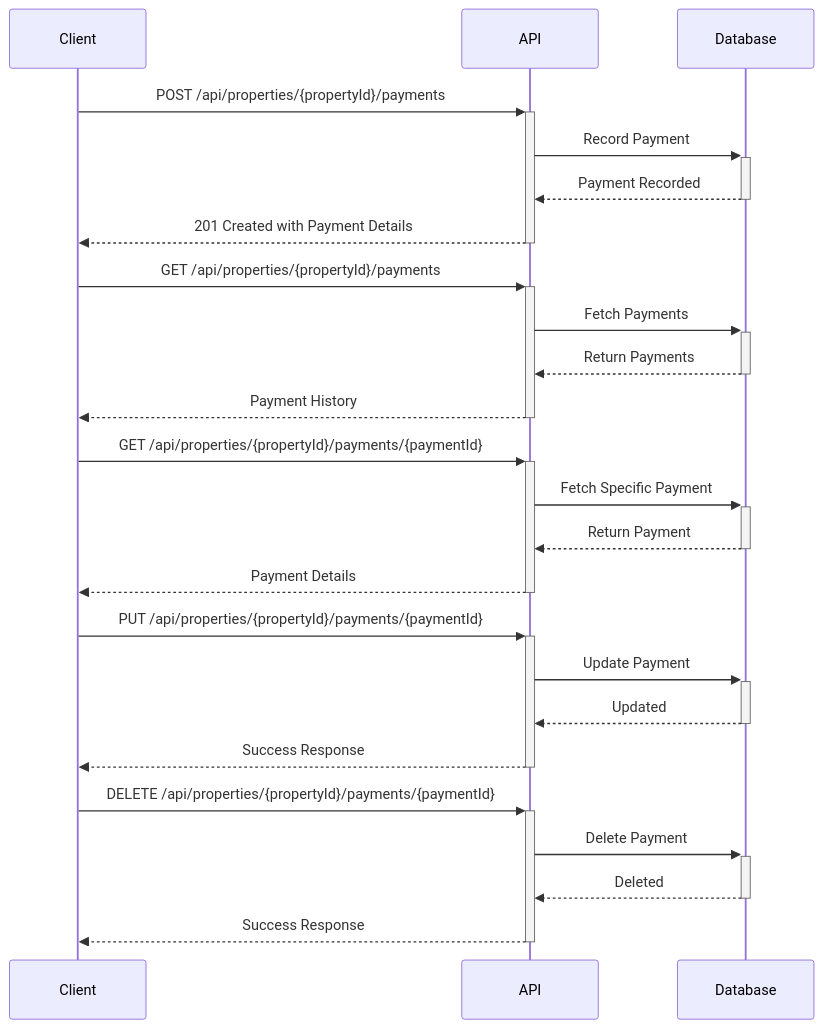
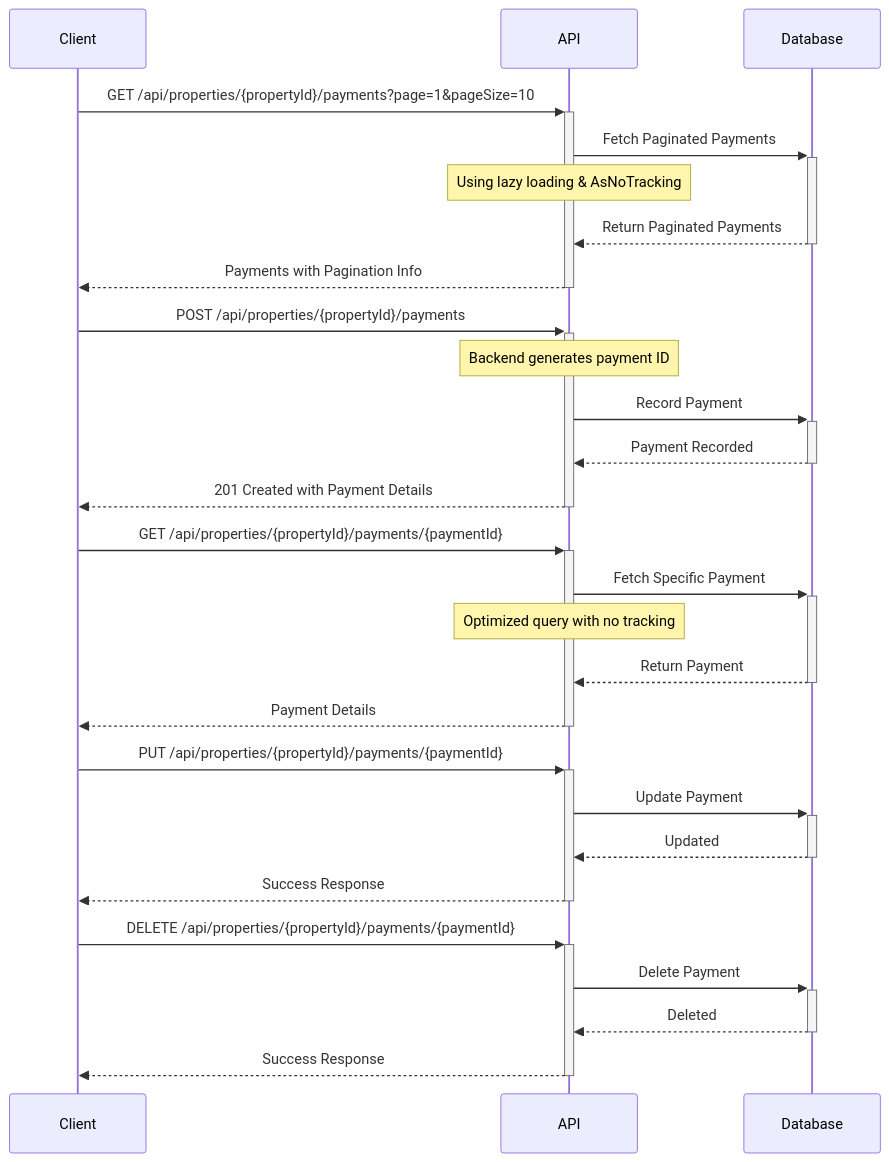
One commit to rohanmarathe567-code/RentTracker changed the fifth of 6 diagrams in README.md. Above: the diagram before and after it, drawn with Mermaid. The commit also changed other lines of this file and 2 other files, not shown here.

````diff
--- a/README.md
+++ b/README.md
@@ -203,31 +294,34 @@
 ```mermaid
 sequenceDiagram
     participant Client
     participant API
     participant Database
     
+    Client->>+API: GET /api/properties/{propertyId}/payments?page=1&pageSize=10
+    API->>+Database: Fetch Paginated Payments
+    Note over API: Using lazy loading & AsNoTracking
+    Database-->>-API: Return Paginated Payments
+    API-->>-Client: Payments with Pagination Info
+
     Client->>+API: POST /api/properties/{propertyId}/payments
+    Note over API: Backend generates payment ID
     API->>+Database: Record Payment
     Database-->>-API: Payment Recorded
     API-->>-Client: 201 Created with Payment Details
 
-    Client->>+API: GET /api/properties/{propertyId}/payments
-    API->>+Database: Fetch Payments
-    Database-->>-API: Return Payments
-    API-->>-Client: Payment History
-    
     Client->>+API: GET /api/properties/{propertyId}/payments/{paymentId}
     API->>+Database: Fetch Specific Payment
+    Note over API: Optimized query with no tracking
     Database-->>-API: Return Payment
     API-->>-Client: Payment Details
     
     Client->>+API: PUT /api/properties/{propertyId}/payments/{paymentId}
     API->>+Database: Update Payment
     Database-->>-API: Updated
     API-->>-Client: Success Response
     
     Client->>+API: DELETE /api/properties/{propertyId}/payments/{paymentId}
     API->>+Database: Delete Payment
     Database-->>-API: Deleted
     API-->>-Client: Success Response
 ```
````
